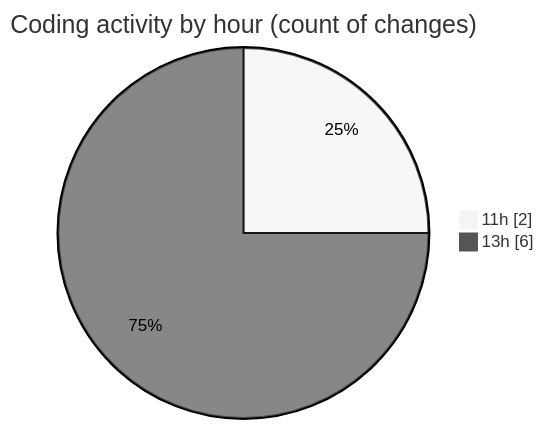
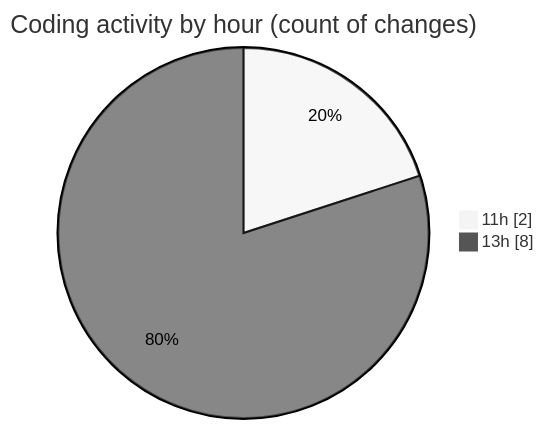
The second of 2 diagrams in 2026-03-22/nxtqube_webapp/README.md (nxtqubesakshisongat/code-tracking), drawn with Mermaid (neutral theme) before and after one commit. The commit also changed other lines of this file and 1 other file, not shown here.

````diff
--- a/2026-03-22/nxtqube_webapp/README.md
+++ b/2026-03-22/nxtqube_webapp/README.md
@@ -29,6 +29,6 @@
 ```mermaid
 pie showData
 title Coding activity by hour (count of changes)
 "11h" : 2
-"13h" : 6
+"13h" : 8
 ```
````
